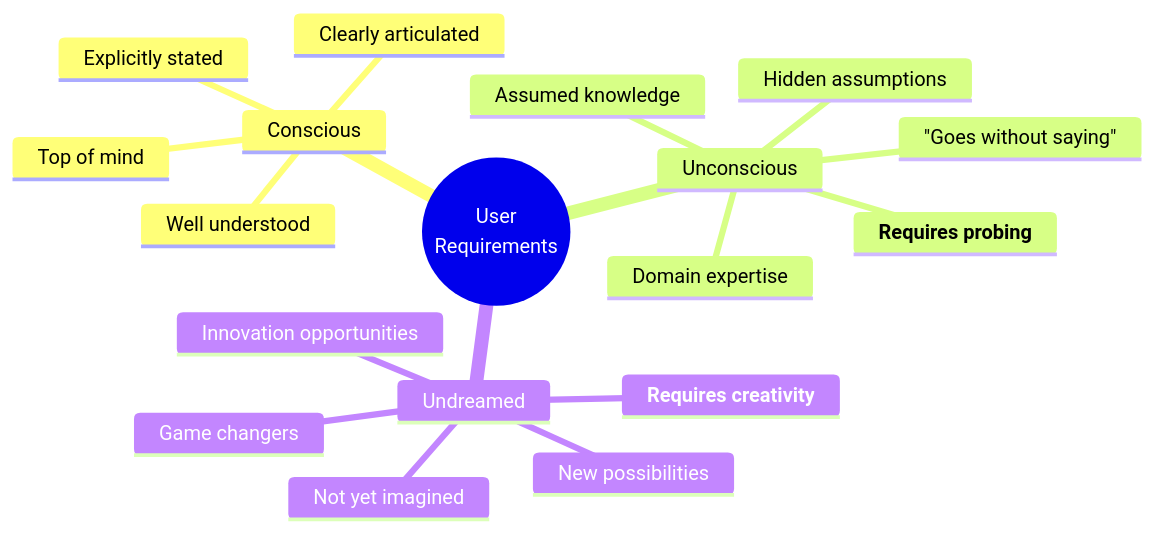
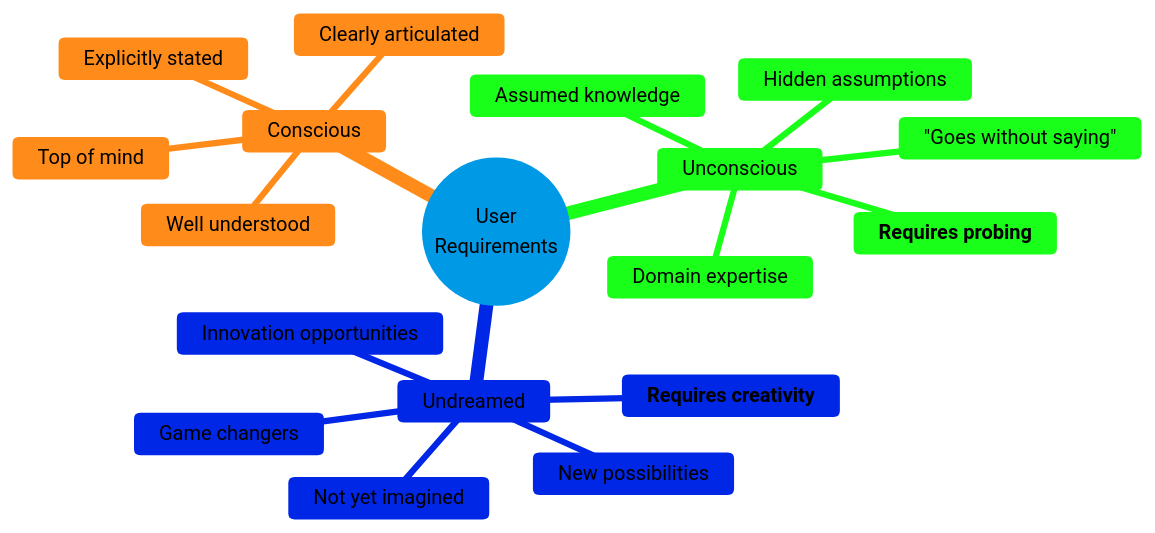
The fourth of 39 diagrams in Requirement Management/RequirementManagement.md (gitpavleenbali/DevOps-PPT-People-Processes-and-Tools), drawn with Mermaid before and after one commit. The commit also changed other lines of this file, not shown here.

Commit message:
Fix diagram text visibility

````diff
--- a/Requirement Management/RequirementManagement.md
+++ b/Requirement Management/RequirementManagement.md
@@ -141,21 +142,22 @@
 ```mermaid
+%%{init: {'theme':'base', 'themeVariables': { 'primaryColor':'#66ccff','primaryTextColor':'#000','primaryBorderColor':'#000','lineColor':'#000','secondaryColor':'#ffcc99','tertiaryColor':'#99ff99'}}}%%
 mindmap
   root((User<br/>Requirements))
     Conscious
       Explicitly stated
       Well understood
       Clearly articulated
       Top of mind
     Unconscious
       Assumed knowledge
       "Goes without saying"
       Domain expertise
       Hidden assumptions
       **Requires probing**
     Undreamed
       Not yet imagined
       Innovation opportunities
       New possibilities
       Game changers
       **Requires creativity**
 ```
````
